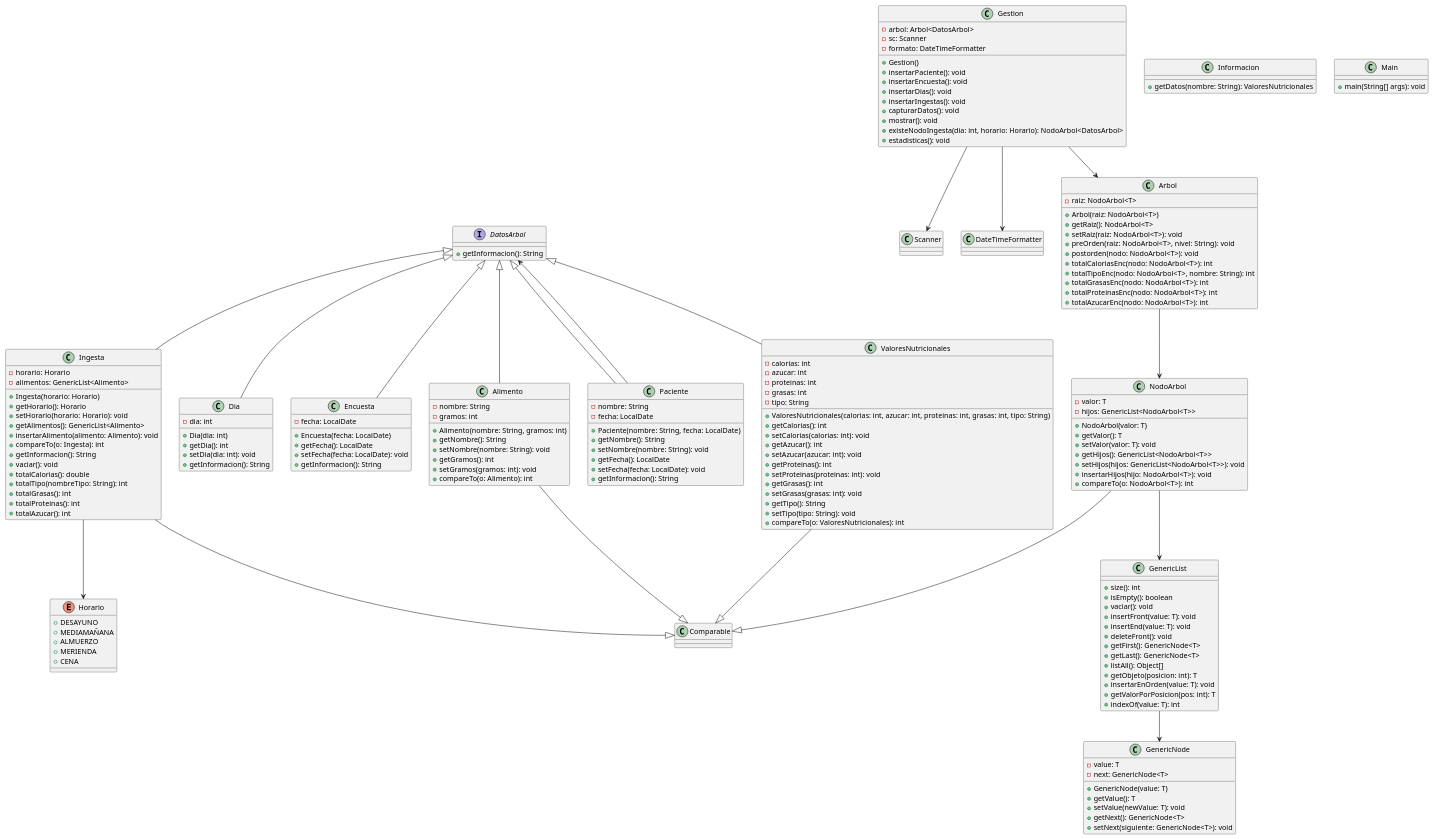
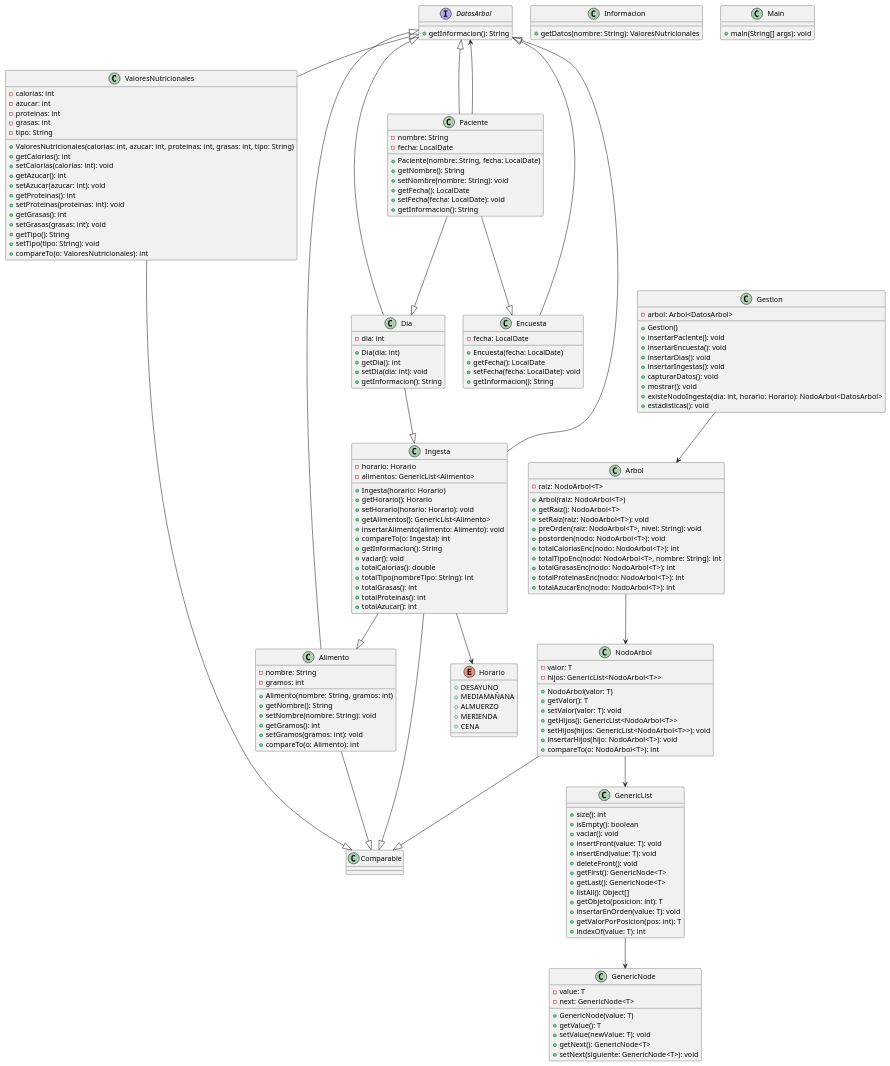
The diagram in entregas/lostalAlvaro/examenFinal/dietas/Diagrama/diagrama.puml (mmasias/23-24-eda1), drawn with PlantUML before and after one commit. The commit also changed 1 other file, not shown here.

Commit message:
Cmabios en el Diagrama

```diff
--- a/entregas/lostalAlvaro/examenFinal/dietas/Diagrama/diagrama.puml
+++ b/entregas/lostalAlvaro/examenFinal/dietas/Diagrama/diagrama.puml
@@ -1,185 +1,185 @@
 @startuml diagrama
 
 class Alimento {
   - nombre: String
   - gramos: int
   + Alimento(nombre: String, gramos: int)
   + getNombre(): String
   + setNombre(nombre: String): void
   + getGramos(): int
   + setGramos(gramos: int): void
   + compareTo(o: Alimento): int
 }
 
 class Informacion {
   + getDatos(nombre: String): ValoresNutricionales
 }
 
 class ValoresNutricionales {
   - calorias: int
   - azucar: int
   - proteinas: int
   - grasas: int
   - tipo: String
   + ValoresNutricionales(calorias: int, azucar: int, proteinas: int, grasas: int, tipo: String)
   + getCalorias(): int
   + setCalorias(calorias: int): void
   + getAzucar(): int
   + setAzucar(azucar: int): void
   + getProteinas(): int
   + setProteinas(proteinas: int): void
   + getGrasas(): int
   + setGrasas(grasas: int): void
   + getTipo(): String
   + setTipo(tipo: String): void
   + compareTo(o: ValoresNutricionales): int
 }
 
 interface DatosArbol {
   + getInformacion(): String
 }
 
 class Arbol {
   - raiz: NodoArbol<T>
   + Arbol(raiz: NodoArbol<T>)
   + getRaiz(): NodoArbol<T>
   + setRaiz(raiz: NodoArbol<T>): void
   + preOrden(raiz: NodoArbol<T>, nivel: String): void
   + postorden(nodo: NodoArbol<T>): void
   + totalCaloriasEnc(nodo: NodoArbol<T>): int
   + totalTipoEnc(nodo: NodoArbol<T>, nombre: String): int
   + totalGrasasEnc(nodo: NodoArbol<T>): int
   + totalProteinasEnc(nodo: NodoArbol<T>): int
   + totalAzucarEnc(nodo: NodoArbol<T>): int
 }
 
 class NodoArbol {
   - valor: T
   - hijos: GenericList<NodoArbol<T>>
   + NodoArbol(valor: T)
   + getValor(): T
   + setValor(valor: T): void
   + getHijos(): GenericList<NodoArbol<T>>
   + setHijos(hijos: GenericList<NodoArbol<T>>): void
   + insertarHijos(hijo: NodoArbol<T>): void
   + compareTo(o: NodoArbol<T>): int
 }
 
 class Dia {
   - dia: int
   + Dia(dia: int)
   + getDia(): int
   + setDia(dia: int): void
   + getInformacion(): String
 }
 
 class Encuesta {
   - fecha: LocalDate
   + Encuesta(fecha: LocalDate)
   + getFecha(): LocalDate
   + setFecha(fecha: LocalDate): void
   + getInformacion(): String
 }
 
 class Ingesta {
   - horario: Horario
   - alimentos: GenericList<Alimento>
   + Ingesta(horario: Horario)
   + getHorario(): Horario
   + setHorario(horario: Horario): void
   + getAlimentos(): GenericList<Alimento>
   + insertarAlimento(alimento: Alimento): void
   + compareTo(o: Ingesta): int
   + getInformacion(): String
   + vaciar(): void
   + totalCalorias(): double
   + totalTipo(nombreTipo: String): int
   + totalGrasas(): int
   + totalProteinas(): int
   + totalAzucar(): int
 }
 
 class GenericList {
   + size(): int
   + isEmpty(): boolean
   + vaciar(): void
   + insertFront(value: T): void
   + insertEnd(value: T): void
   + deleteFront(): void
   + getFirst(): GenericNode<T>
   + getLast(): GenericNode<T>
   + listAll(): Object[]
   + getObjeto(posicion: int): T
   + insertarEnOrden(value: T): void
   + getValorPorPosicion(pos: int): T
   + indexOf(value: T): int
 }
 
 class GenericNode {
   - value: T
   - next: GenericNode<T>
   + GenericNode(value: T)
   + getValue(): T
   + setValue(newValue: T): void
   + getNext(): GenericNode<T>
   + setNext(siguiente: GenericNode<T>): void
 }
 
 class Paciente {
   - nombre: String
   - fecha: LocalDate
   + Paciente(nombre: String, fecha: LocalDate)
   + getNombre(): String
   + setNombre(nombre: String): void
   + getFecha(): LocalDate
   + setFecha(fecha: LocalDate): void
   + getInformacion(): String
 }
 
 enum Horario {
   + DESAYUNO
   + MEDIAMAÑANA
   + ALMUERZO
   + MERIENDA
   + CENA
 }
 
 class Gestion {
   - arbol: Arbol<DatosArbol>
-  - sc: Scanner
-  - formato: DateTimeFormatter
   + Gestion()
   + insertarPaciente(): void
   + insertarEncuesta(): void
   + insertarDias(): void
   + insertarIngestas(): void
   + capturarDatos(): void
   + mostrar(): void
   + existeNodoIngesta(dia: int, horario: Horario): NodoArbol<DatosArbol>
   + estadisticas(): void
 }
 
 class Main {
   + main(String[] args): void
 }
 
 Alimento --|> Comparable
 ValoresNutricionales --|> Comparable
 NodoArbol --|> Comparable
 Ingesta --|> Comparable
+Paciente --|> Dia
+Paciente --|> Encuesta
+Dia --|> Ingesta
+Ingesta --|> Alimento
 DatosArbol <|-- Alimento
 DatosArbol <|-- ValoresNutricionales
 DatosArbol <|-- Dia
 DatosArbol <|-- Encuesta
 DatosArbol <|-- Ingesta
 DatosArbol <|-- Paciente
 Arbol --> NodoArbol
 NodoArbol --> GenericList
 Ingesta --> Horario
 GenericList --> GenericNode
 Paciente --> DatosArbol
 Gestion --> Arbol
-Gestion --> Scanner
-Gestion --> DateTimeFormatter
 
 @enduml
```
